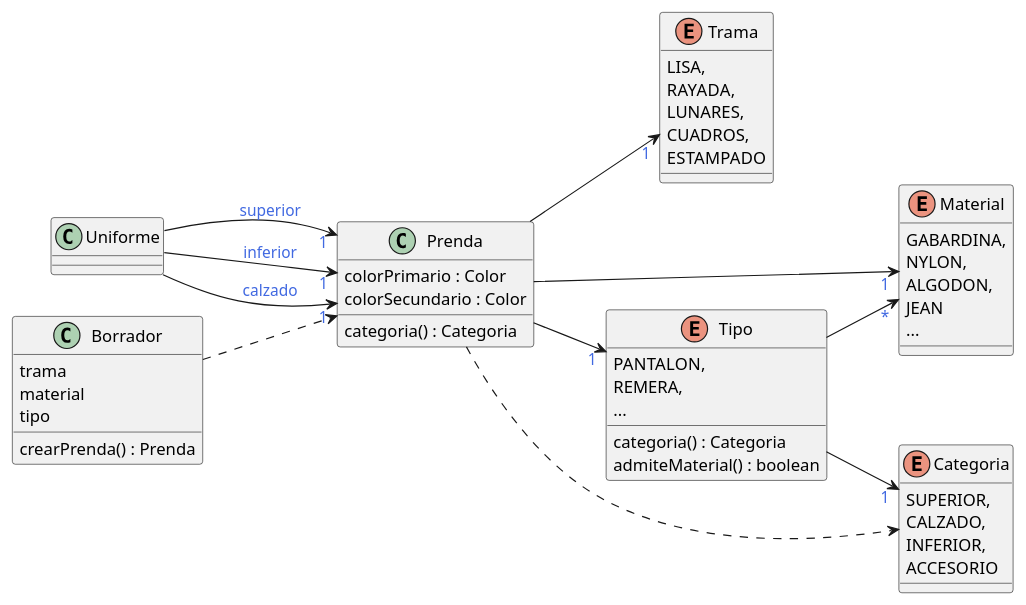
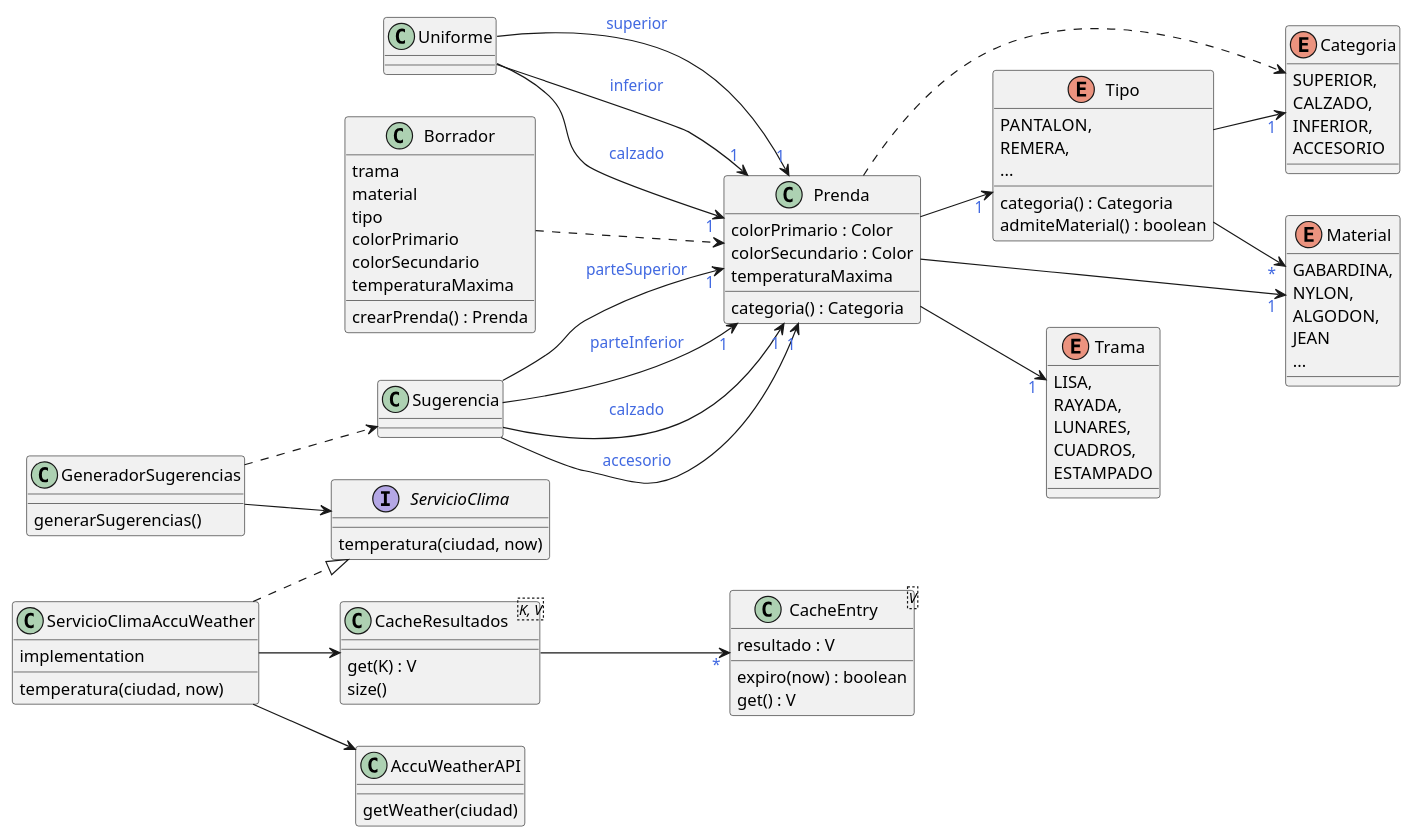
Before and after one commit to ariel-/tp-dds-qmp: the diagram in assets/qmp.puml, drawn with PlantUML. The commit also changed 2 other files, not shown here.

Commit message:
Agregadas Sugerencias, que utilizan el proveedor de clima, y actualizo el diagrama.

```diff
--- a/assets/qmp.puml
+++ b/assets/qmp.puml
@@ -1,62 +1,117 @@
 @startuml
 left to right direction
 skinparam backgroundColor transparent
 skinparam arrowFontColor royalblue
 
 class Uniforme
-class Prenda {
-    colorPrimario : Color
-    colorSecundario : Color
-    categoria() : Categoria
+
+together {
+    class Prenda {
+        colorPrimario : Color
+        colorSecundario : Color
+        temperaturaMaxima
+        categoria() : Categoria
+    }
+
+    enum Trama {
+        LISA,
+        RAYADA,
+        LUNARES,
+        CUADROS,
+        ESTAMPADO
+    }
+
+    enum Material {
+        GABARDINA,
+        NYLON,
+        ALGODON,
+        JEAN
+        ...
+    }
+
+    enum Tipo {
+        PANTALON,
+        REMERA,
+        ...
+
+        categoria() : Categoria
+        admiteMaterial() : boolean
+    }
+
+    enum Categoria {
+        SUPERIOR,
+        CALZADO,
+        INFERIOR,
+        ACCESORIO
+    }
+
+    Prenda --> "1" Material
+    Prenda --> "1" Trama
+    Prenda --> "1" Tipo
+
+    Prenda ..> Categoria
+
+    Tipo --> "1" Categoria
+    Tipo --> "*" Material
 }
-enum Trama {
-    LISA,
-    RAYADA,
-    LUNARES,
-    CUADROS,
-    ESTAMPADO
-}
-enum Material {
-    GABARDINA,
-    NYLON,
-    ALGODON,
-    JEAN
-    ...
-}
-enum Tipo {
-    PANTALON,
-    REMERA,
-    ...
 
-    categoria() : Categoria
-    admiteMaterial() : boolean
-}
-enum Categoria {
-    SUPERIOR,
-    CALZADO,
-    INFERIOR,
-    ACCESORIO
-}
 class Borrador {
     trama
     material
     tipo
+    colorPrimario
+    colorSecundario
+    temperaturaMaxima
 
     crearPrenda() : Prenda
 }
 
+class GeneradorSugerencias {
+    generarSugerencias()
+}
+
+interface ServicioClima {
+    temperatura(ciudad, now)
+}
+
+class ServicioClimaAccuWeather {
+    implementation
+    temperatura(ciudad, now)
+}
+
+class "CacheResultados<K, V>" as CacheResultados_K_V {
+    get(K) : V
+    size()
+}
+
+class "CacheEntry<V>" as CacheEntry_V {
+    resultado : V
+    expiro(now) : boolean
+    get() : V
+}
+
+class AccuWeatherAPI {
+    getWeather(ciudad)
+}
+
 Borrador ..> Prenda
-
-Prenda --> "1" Material
-Prenda --> "1" Trama
-Prenda --> "1" Tipo
-
-Prenda ..> Categoria
-
-Tipo --> "1" Categoria
-Tipo --> "*" Material
 
 Uniforme --> "1" Prenda : superior
 Uniforme --> "1" Prenda : inferior
 Uniforme --> "1" Prenda : calzado
+
+Sugerencia --> "1" Prenda : parteSuperior
+Sugerencia --> "1" Prenda : parteInferior
+Sugerencia --> "1" Prenda : calzado
+Sugerencia --> "1" Prenda : accesorio
+
+GeneradorSugerencias --> ServicioClima
+GeneradorSugerencias ..> Sugerencia
+
+ServicioClimaAccuWeather ..|> ServicioClima
+ServicioClimaAccuWeather --> CacheResultados_K_V
+ServicioClimaAccuWeather --> AccuWeatherAPI
+
+CacheResultados_K_V --> "*" CacheEntry_V
+
 @enduml
```
